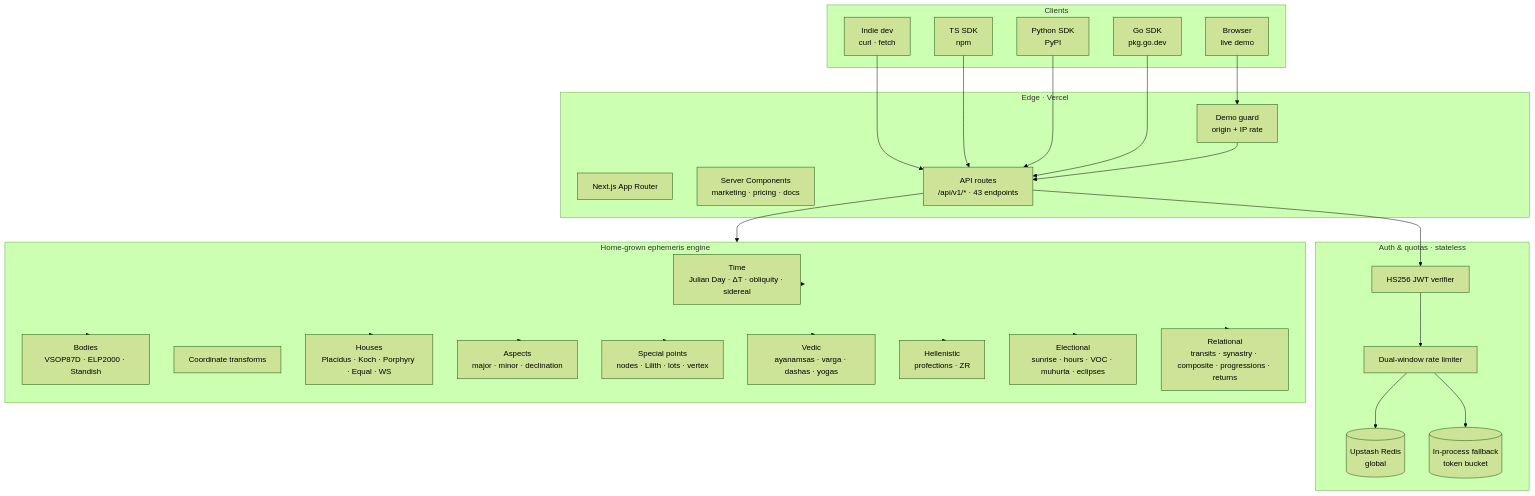
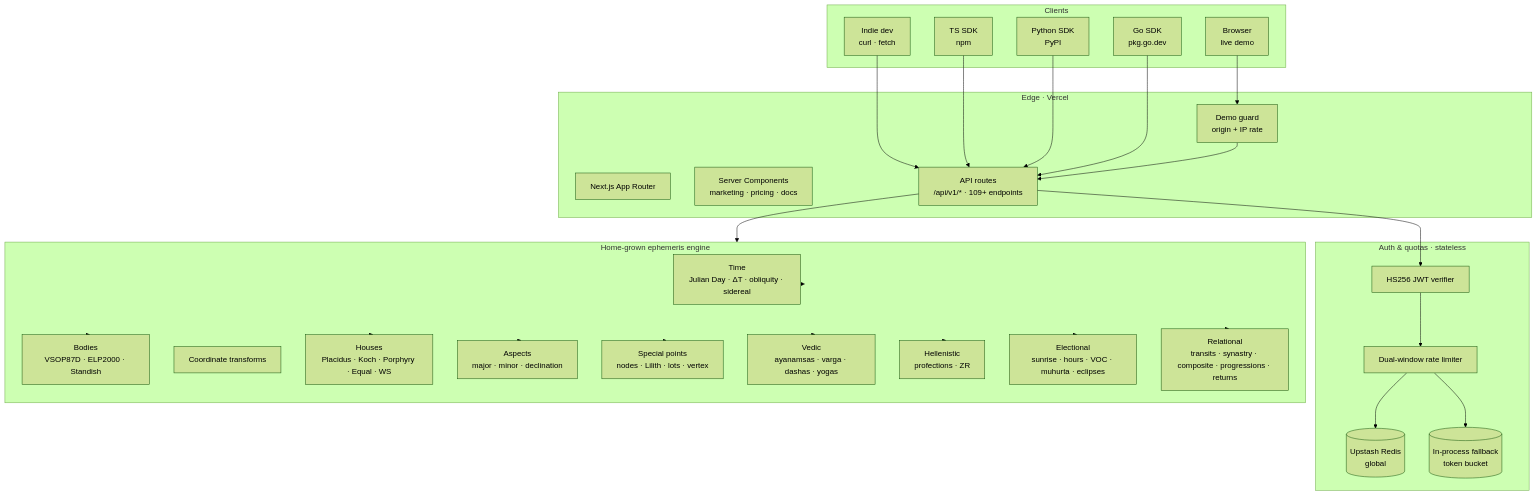
One commit to omkarjaliparthi/insights-astrology-api-case-study changed the first of 2 diagrams in docs/02-architecture.md. Above: the diagram before and after it, drawn with Mermaid (forest theme). The commit also changed other lines of this file and 4 other files, not shown here.

````diff
--- a/docs/02-architecture.md
+++ b/docs/02-architecture.md
@@ -5,60 +5,60 @@
 ```mermaid
 flowchart TB
     subgraph Clients [Clients]
         Dev[Indie dev<br>curl · fetch]
         TS[TS SDK<br>npm]
         PY[Python SDK<br>PyPI]
         GO[Go SDK<br>pkg.go.dev]
         Demo[Browser<br>live demo]
     end
 
     subgraph Edge [Edge · Vercel]
         Next[Next.js App Router]
         RSC[Server Components<br>marketing · pricing · docs]
-        API[API routes<br>/api/v1/* · 43 endpoints]
+        API[API routes<br>/api/v1/* · 109+ endpoints]
         Guard[Demo guard<br>origin + IP rate]
     end
 
     subgraph Auth [Auth & quotas · stateless]
         JWT[HS256 JWT verifier]
         RL[Dual-window rate limiter]
         UP[(Upstash Redis<br>global)]
         Mem[(In-process fallback<br>token bucket)]
     end
 
     subgraph Engine [Home-grown ephemeris engine]
         Time[Time<br>Julian Day · ΔT · obliquity · sidereal]
         Bodies[Bodies<br>VSOP87D · ELP2000 · Standish]
         Coords[Coordinate transforms]
         Houses[Houses<br>Placidus · Koch · Porphyry · Equal · WS]
         Aspects[Aspects<br>major · minor · declination]
         Points[Special points<br>nodes · Lilith · lots · vertex]
         Vedic[Vedic<br>ayanamsas · varga · dashas · yogas]
         Hell[Hellenistic<br>profections · ZR]
         Elect[Electional<br>sunrise · hours · VOC · muhurta · eclipses]
         Rel[Relational<br>transits · synastry · composite · progressions · returns]
     end
 
     Dev --> API
     TS --> API
     PY --> API
     GO --> API
     Demo --> Guard
     Guard --> API
 
     API --> JWT
     JWT --> RL
     RL --> UP
     RL --> Mem
 
     API --> Engine
     Engine --> Time
     Engine --> Bodies
     Engine --> Houses
     Engine --> Aspects
     Engine --> Points
     Engine --> Vedic
     Engine --> Hell
     Engine --> Elect
     Engine --> Rel
 ```
````
